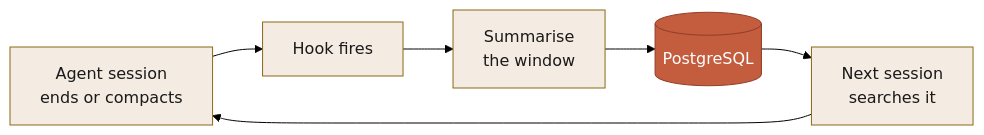
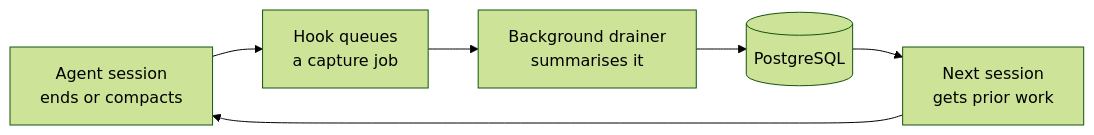
The diagram in README.md (mrkinglollipop/Khipu), drawn with Mermaid (forest theme) before and after one commit. The commit also changed other lines of this file and 13 other files, not shown here.

````diff
--- a/README.md
+++ b/README.md
@@ -25,13 +15,8 @@
 ```mermaid
 flowchart LR
-  A["Agent session<br/>ends or compacts"] --> B["Hook fires"]
-  B --> C["Summarise<br/>the window"]
+  A["Agent session<br/>ends or compacts"] --> B["Hook queues<br/>a capture job"]
+  B --> C["Background drainer<br/>summarises it"]
   C --> D[("PostgreSQL")]
-  D --> E["Next session<br/>searches it"]
+  D --> E["Next session<br/>gets prior work"]
   E --> A
-
-  classDef s fill:#f4ebe3,stroke:#8b6914,color:#1a1a1a
-  classDef d fill:#c45c3e,stroke:#8f3d28,color:#ffffff
-  class A,B,C,E s
-  class D d
 ```
````
